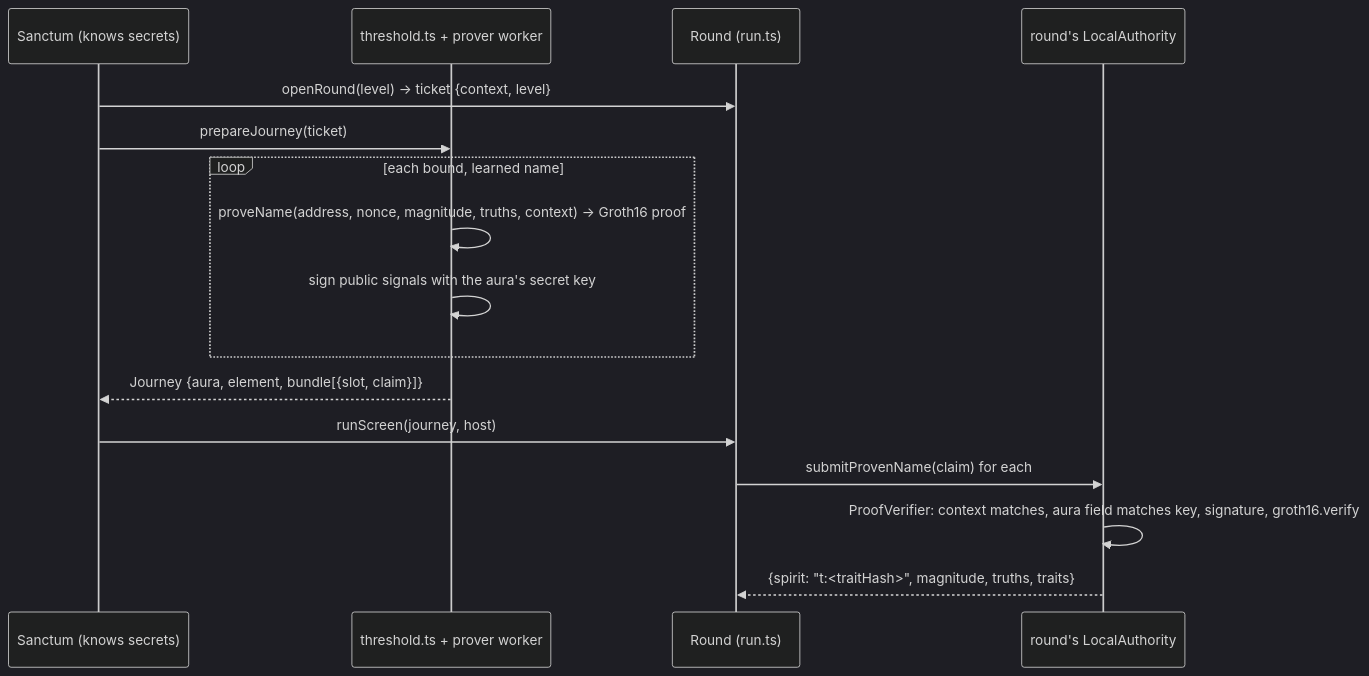
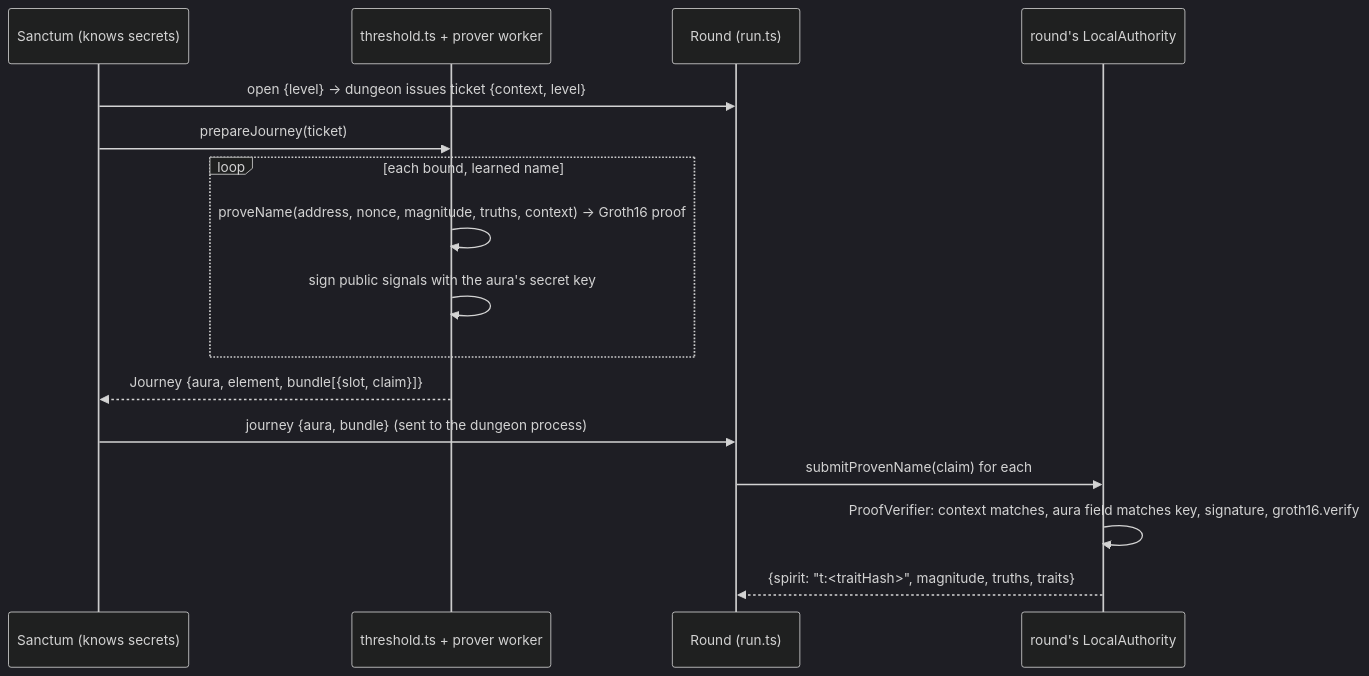
One commit to rranshous/context-games changed the third of 4 diagrams in games/truenames/docs/10-architecture.md. Above: the diagram before and after it, drawn with Mermaid (dark theme). The commit also changed other lines of this file and 22 other files, not shown here.

First line of the commit message:
truenames: the dungeon becomes its own Node process — authoritative round sim (packages/dungeon), WebSocket host (apps/dungeon), browser run as thin client

````diff
--- a/games/truenames/docs/10-architecture.md
+++ b/games/truenames/docs/10-architecture.md
@@ -137,18 +149,18 @@
 ```mermaid
 sequenceDiagram
   participant S as Sanctum (knows secrets)
   participant T as threshold.ts + prover worker
   participant R as Round (run.ts)
   participant A as round's LocalAuthority
-  S->>R: openRound(level) → ticket {context, level}
+  S->>R: open {level} → dungeon issues ticket {context, level}
   S->>T: prepareJourney(ticket)
   loop each bound, learned name
     T->>T: proveName(address, nonce, magnitude, truths, context) → Groth16 proof
     T->>T: sign public signals with the aura's secret key
   end
   T-->>S: Journey {aura, element, bundle[{slot, claim}]}
-  S->>R: runScreen(journey, host)
+  S->>R: journey {aura, bundle} (sent to the dungeon process)
   R->>A: submitProvenName(claim) for each
   A->>A: ProofVerifier: context matches, aura field matches key, signature, groth16.verify
   A-->>R: {spirit: "t:<traitHash>", magnitude, truths, traits}
 ```
````
